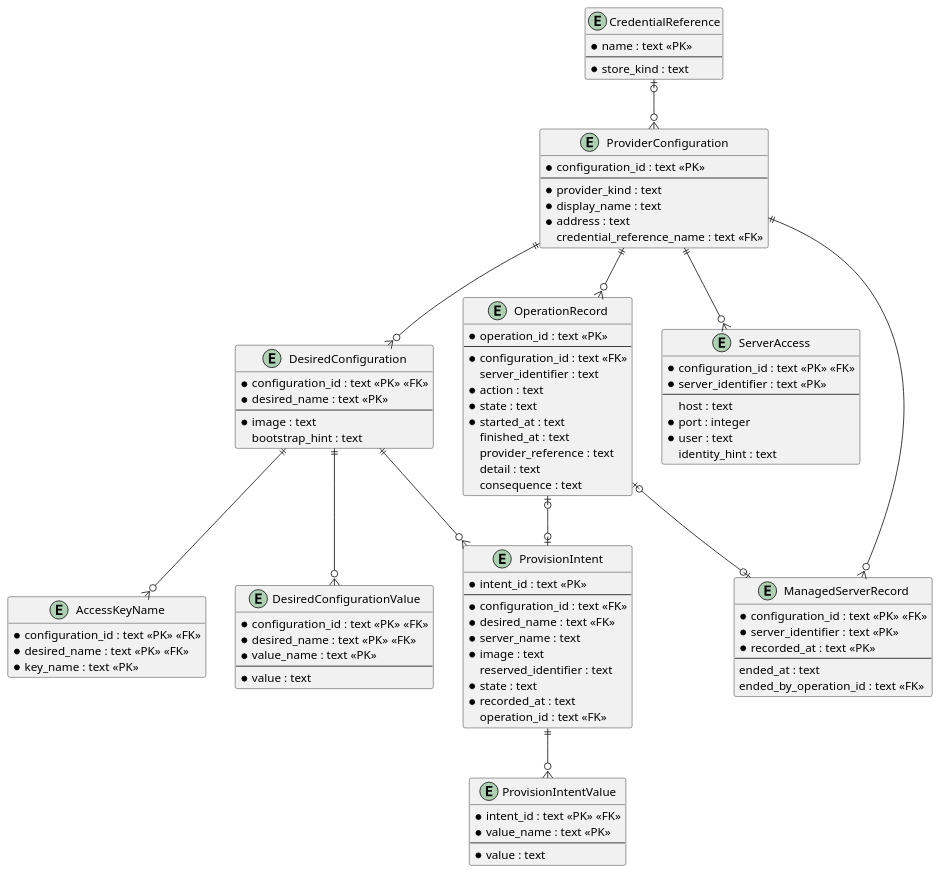
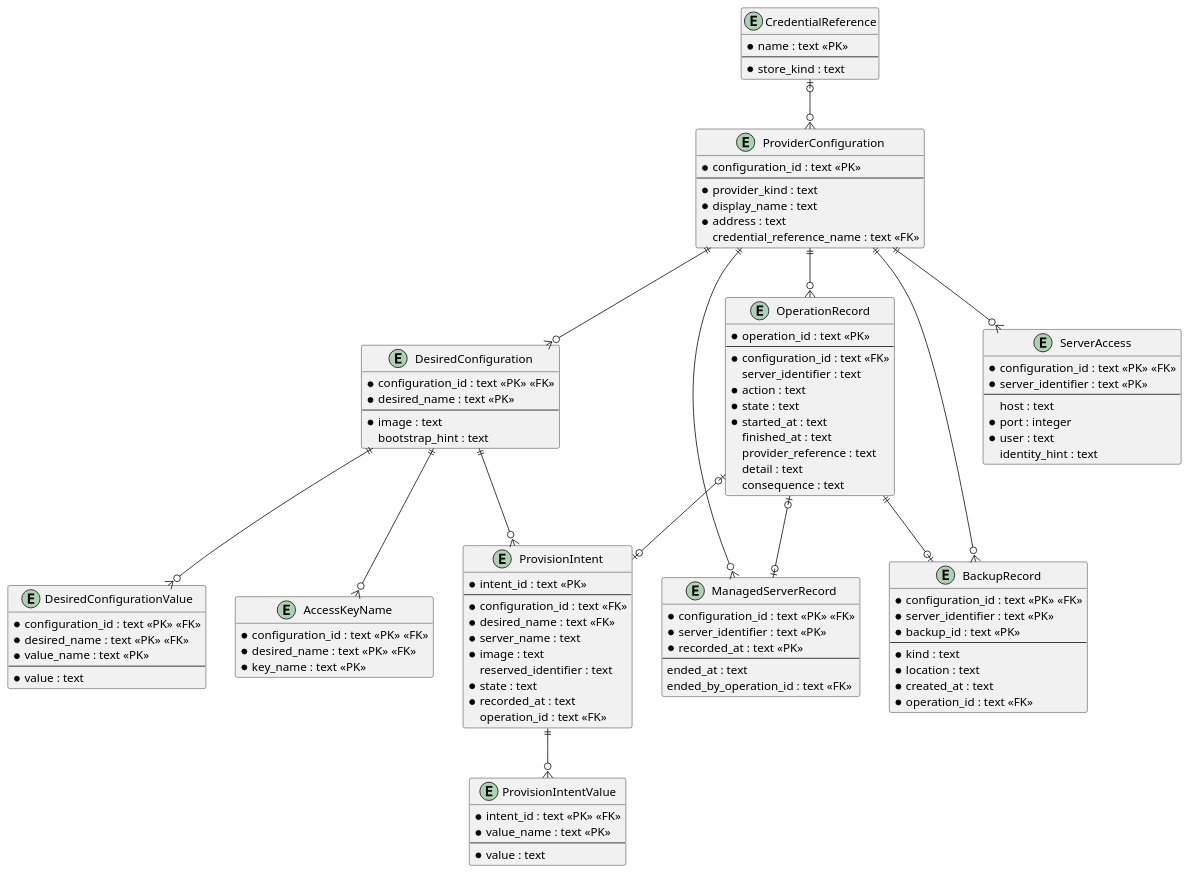
One commit to TirSystem/iac-node-forge changed the diagram in docs/erd.md. Above: the diagram before and after it, drawn with PlantUML. The commit also changed other lines of this file and 19 other files, not shown here.

Commit message:
MIL-008 tasks 2 and 3: ADR-0010 and the design for whole-server backup and restore (RC-111 to RC-119)

````diff
--- a/docs/erd.md
+++ b/docs/erd.md
@@ -112,11 +115,22 @@
   ended_at : text
   ended_by_operation_id : text <<FK>>
 }
+entity BackupRecord {
+  * configuration_id : text <<PK>> <<FK>>
+  * server_identifier : text <<PK>>
+  * backup_id : text <<PK>>
+  --
+  * kind : text
+  * location : text
+  * created_at : text
+  * operation_id : text <<FK>>
+}
 
 CredentialReference |o--o{ ProviderConfiguration
 ProviderConfiguration ||--o{ ManagedServerRecord
 ProviderConfiguration ||--o{ OperationRecord
 ProviderConfiguration ||--o{ ServerAccess
+ProviderConfiguration ||--o{ BackupRecord
 ProviderConfiguration ||--o{ DesiredConfiguration
 DesiredConfiguration ||--o{ AccessKeyName
 DesiredConfiguration ||--o{ DesiredConfigurationValue
@@ -124,5 +138,6 @@
 ProvisionIntent ||--o{ ProvisionIntentValue
 OperationRecord |o--o| ProvisionIntent
 OperationRecord |o--o| ManagedServerRecord
+OperationRecord ||--o| BackupRecord
 @enduml
 ```
````
